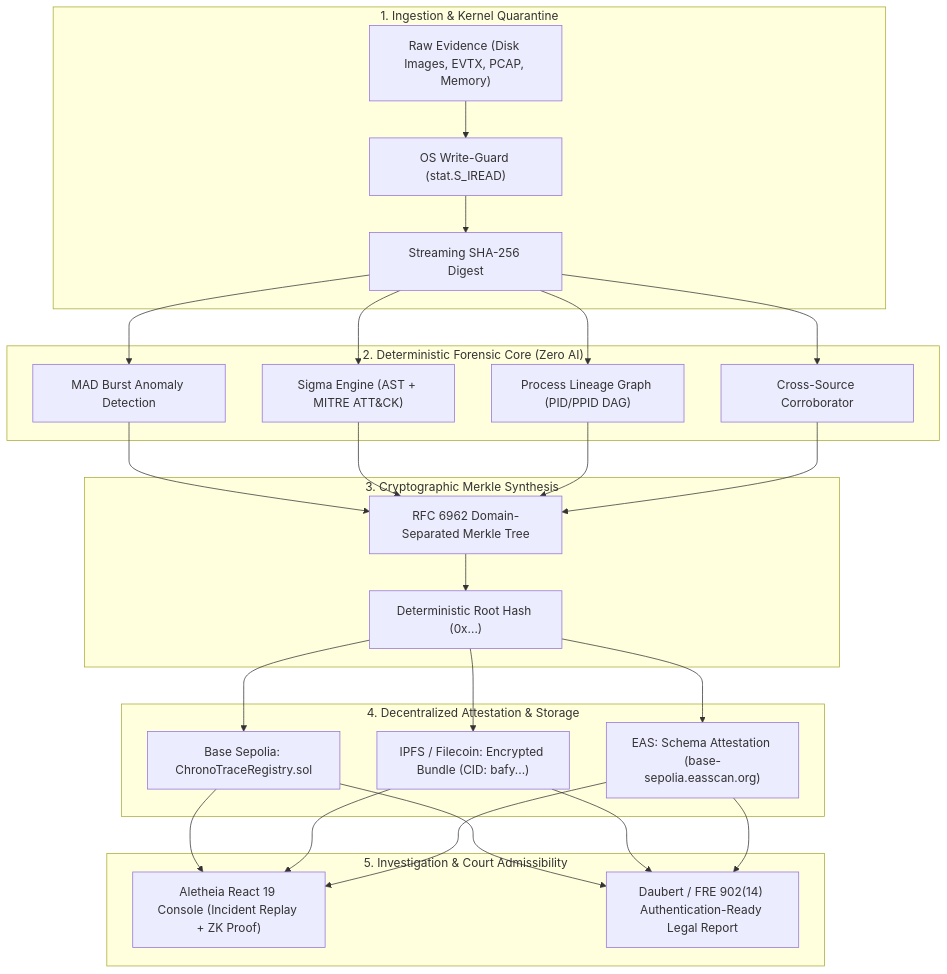
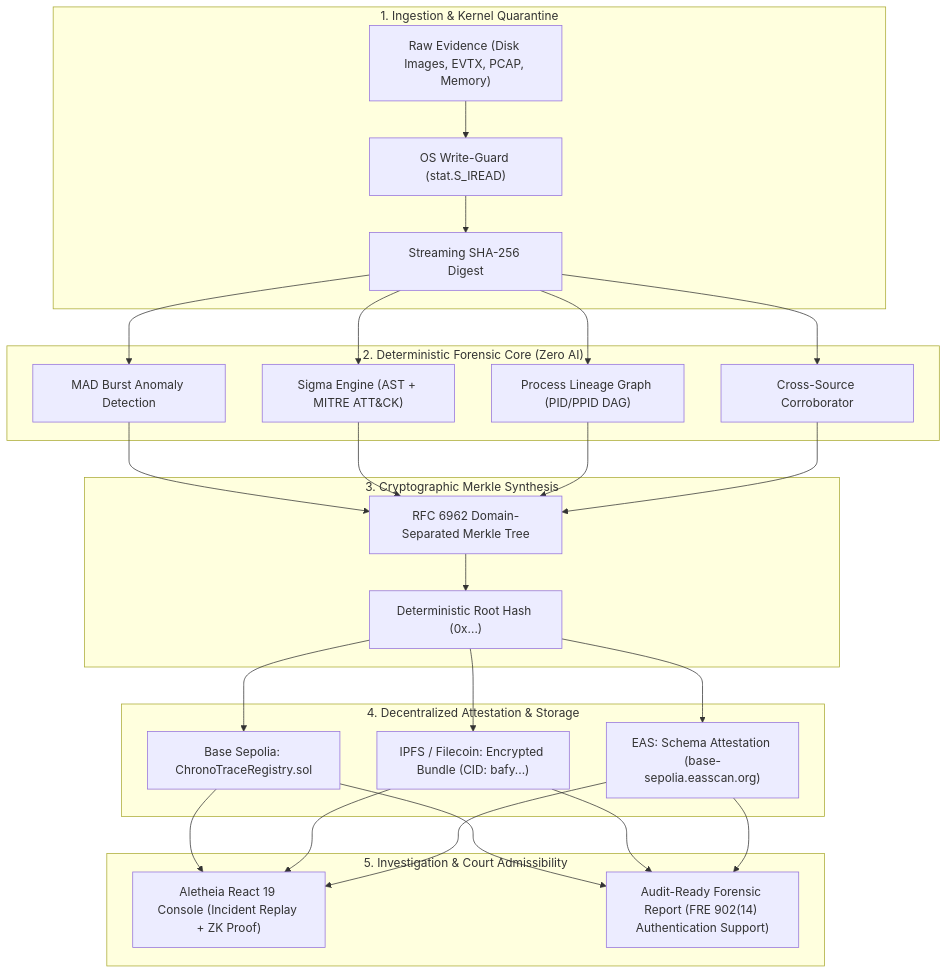
The diagram in README.md (moin08s/Aletheia), drawn with Mermaid before and after one commit. The commit also changed other lines of this file and 3 other files, not shown here.

````diff
--- a/README.md
+++ b/README.md
@@ -41,30 +52,30 @@
 ```mermaid
 flowchart TD
     subgraph EvidenceLayer ["1. Ingestion & Kernel Quarantine"]
         Raw["Raw Evidence (Disk Images, EVTX, PCAP, Memory)"] --> WG["OS Write-Guard (stat.S_IREAD)"]
         WG --> Hash["Streaming SHA-256 Digest"]
     end
 
     subgraph DeterministicEngine ["2. Deterministic Forensic Core (Zero AI)"]
         Hash --> MAD["MAD Burst Anomaly Detection"]
         Hash --> Sigma["Sigma Engine (AST + MITRE ATT&CK)"]
         Hash --> Lineage["Process Lineage Graph (PID/PPID DAG)"]
         Hash --> Corrob["Cross-Source Corroborator"]
     end
 
     subgraph CryptographicLayer ["3. Cryptographic Merkle Synthesis"]
         MAD & Sigma & Lineage & Corrob --> Merkle["RFC 6962 Domain-Separated Merkle Tree"]
         Merkle --> Root["Deterministic Root Hash (0x...)"]
     end
 
     subgraph Web3Layer ["4. Decentralized Attestation & Storage"]
         Root --> IPFS["IPFS / Filecoin: Encrypted Bundle (CID: bafy...)"]
         Root --> BaseL2["Base Sepolia: ChronoTraceRegistry.sol"]
         Root --> EAS["EAS: Schema Attestation (base-sepolia.easscan.org)"]
     end
 
     subgraph InterfaceLayer ["5. Investigation & Court Admissibility"]
         BaseL2 & IPFS & EAS --> UI["Aletheia React 19 Console (Incident Replay + ZK Proof)"]
-        BaseL2 & IPFS & EAS --> Report["Daubert / FRE 902(14) Authentication-Ready Legal Report"]
+        BaseL2 & IPFS & EAS --> Report["Audit-Ready Forensic Report (FRE 902(14) Authentication Support)"]
     end
 ```
````
